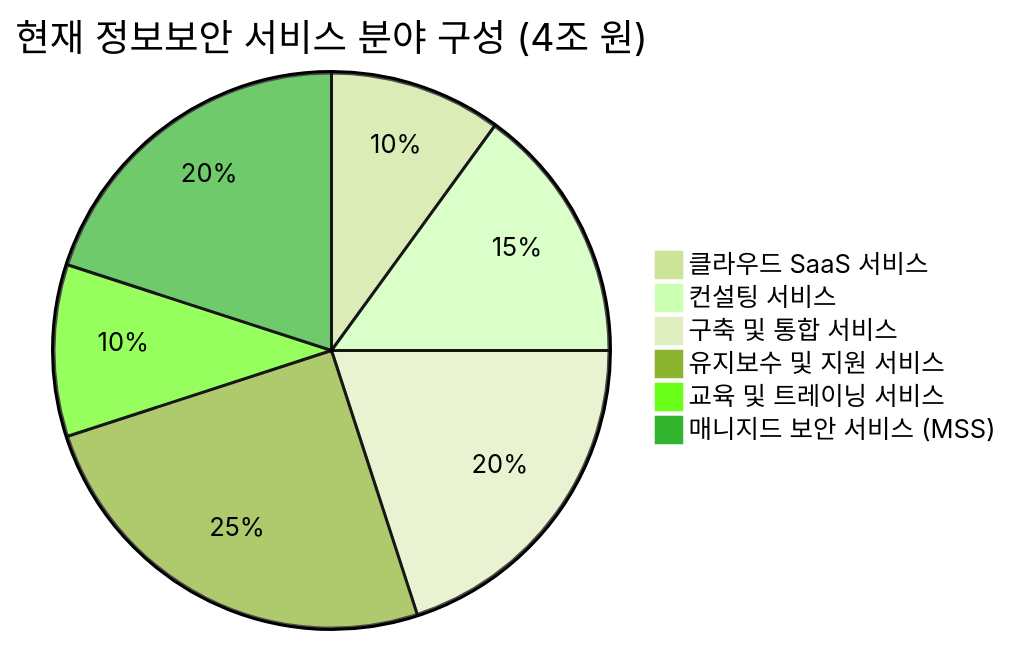
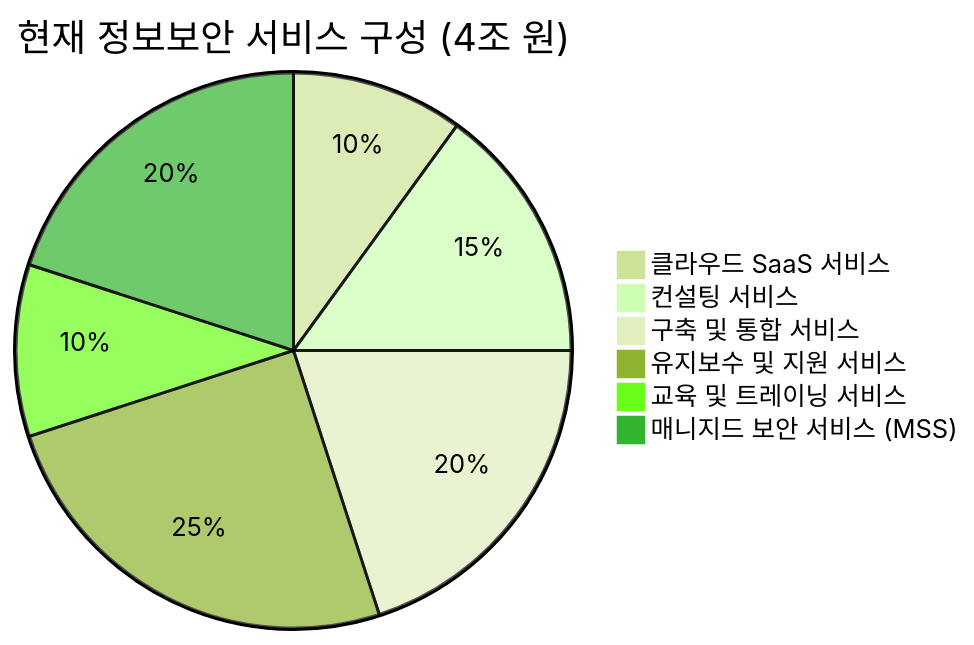
Before and after one commit to QubitSecurity/Market: the first of 4 diagrams in kr/forecast.md, drawn with Mermaid (forest theme). The commit also changed other lines of this file, not shown here.

````diff
--- a/kr/forecast.md
+++ b/kr/forecast.md
@@ -24,9 +24,9 @@
 ```mermaid
-pie title 현재 정보보안 서비스 분야 구성 (4조 원)
+pie title 현재 정보보안 서비스 구성 (4조 원)
     "클라우드 SaaS 서비스" : 10
     "컨설팅 서비스" : 15
     "구축 및 통합 서비스" : 20
     "유지보수 및 지원 서비스" : 25
     "교육 및 트레이닝 서비스" : 10
     "매니지드 보안 서비스 (MSS)" : 20
 ```
````
